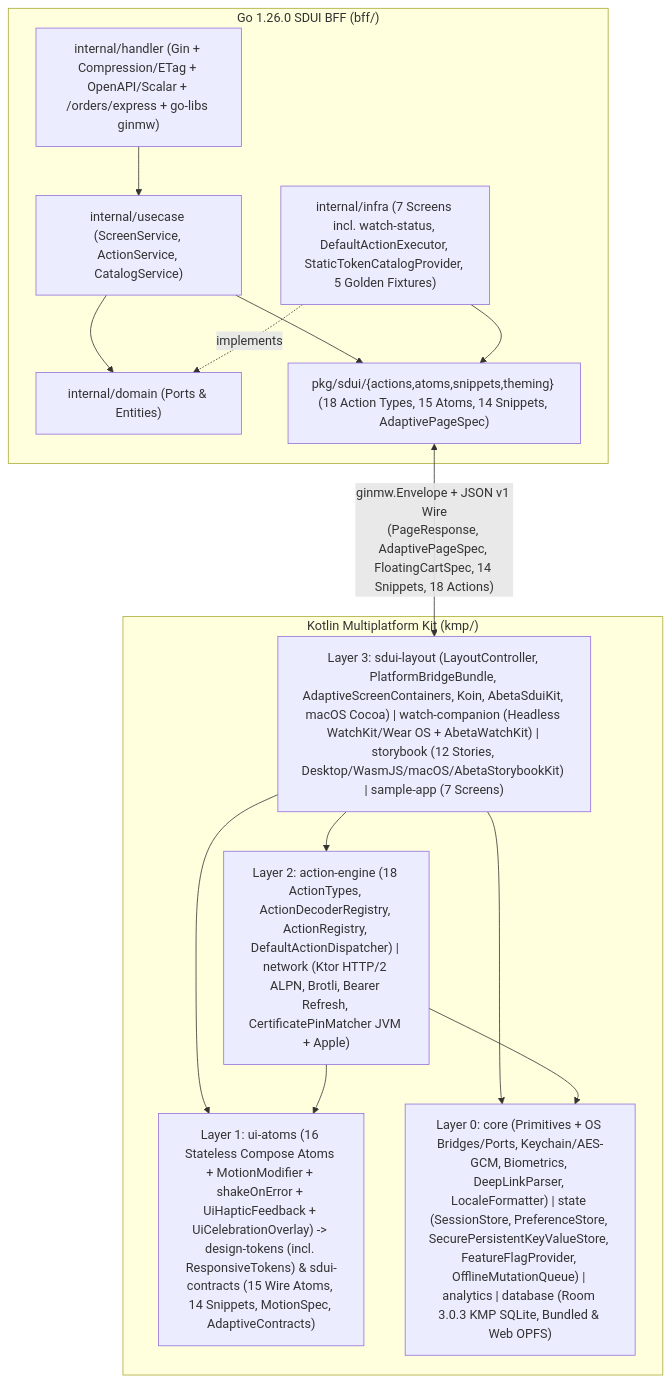
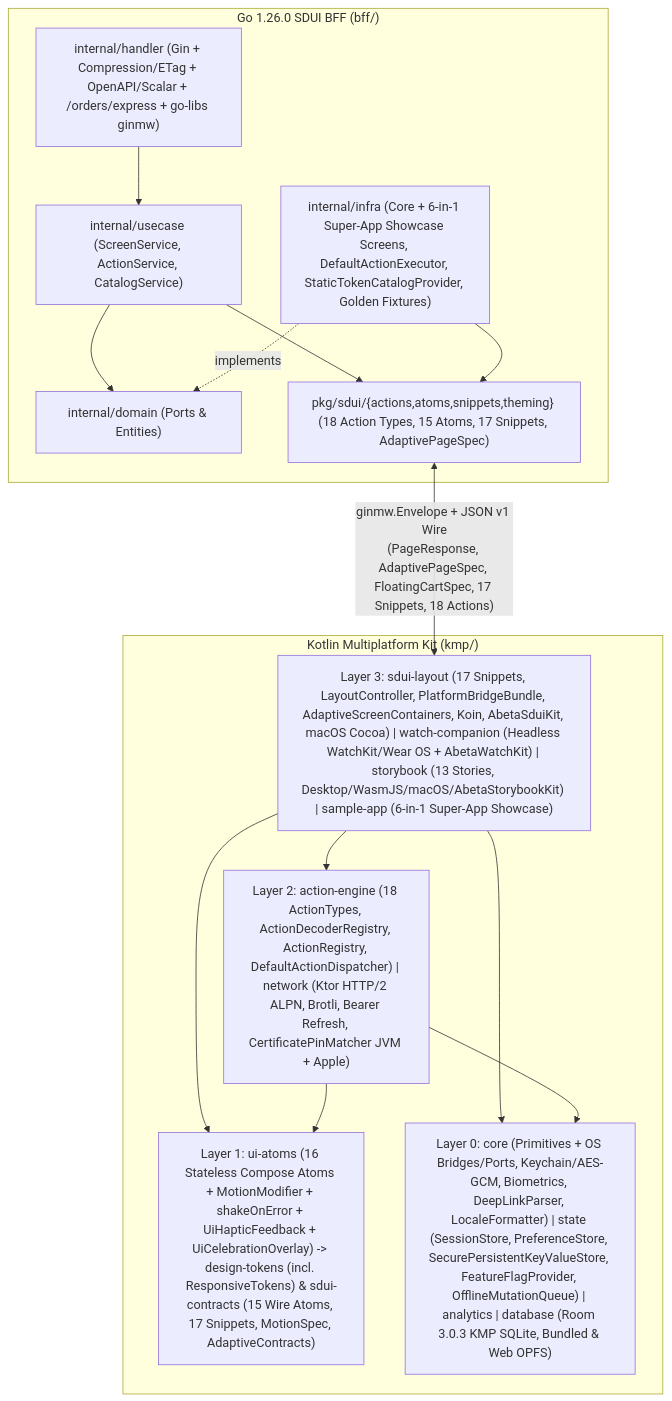
The diagram in README.md (Abeta-dev/kmp), drawn with Mermaid before and after one commit. The commit also changed other lines of this file and 49 other files, not shown here.

First line of the commit message:
feat(sdui): add swipe_deck, search_bar, chip_group snippets & 6-app showcase launcher

````diff
--- a/README.md
+++ b/README.md
@@ -36,29 +36,29 @@
 ```mermaid
 flowchart TB
     subgraph BFF["Go 1.26.0 SDUI BFF (bff/)"]
         BFF_H["internal/handler (Gin + Compression/ETag + OpenAPI/Scalar + /orders/express + go-libs ginmw)"]
         BFF_U["internal/usecase (ScreenService, ActionService, CatalogService)"]
         BFF_D["internal/domain (Ports & Entities)"]
-        BFF_I["internal/infra (7 Screens incl. watch-status, DefaultActionExecutor, StaticTokenCatalogProvider, 5 Golden Fixtures)"]
-        BFF_P["pkg/sdui/{actions,atoms,snippets,theming} (18 Action Types, 15 Atoms, 14 Snippets, AdaptivePageSpec)"]
+        BFF_I["internal/infra (Core + 6-in-1 Super-App Showcase Screens, DefaultActionExecutor, StaticTokenCatalogProvider, Golden Fixtures)"]
+        BFF_P["pkg/sdui/{actions,atoms,snippets,theming} (18 Action Types, 15 Atoms, 17 Snippets, AdaptivePageSpec)"]
         BFF_H --> BFF_U --> BFF_D
         BFF_I -. "implements" .-> BFF_D
         BFF_U --> BFF_P
         BFF_I --> BFF_P
     end
 
     subgraph KMP["Kotlin Multiplatform Kit (kmp/)"]
-        L3["Layer 3: sdui-layout (LayoutController, PlatformBridgeBundle, AdaptiveScreenContainers, Koin, AbetaSduiKit, macOS Cocoa) | watch-companion (Headless WatchKit/Wear OS + AbetaWatchKit) | storybook (12 Stories, Desktop/WasmJS/macOS/AbetaStorybookKit) | sample-app (7 Screens)"]
+        L3["Layer 3: sdui-layout (17 Snippets, LayoutController, PlatformBridgeBundle, AdaptiveScreenContainers, Koin, AbetaSduiKit, macOS Cocoa) | watch-companion (Headless WatchKit/Wear OS + AbetaWatchKit) | storybook (13 Stories, Desktop/WasmJS/macOS/AbetaStorybookKit) | sample-app (6-in-1 Super-App Showcase)"]
         L2["Layer 2: action-engine (18 ActionTypes, ActionDecoderRegistry, ActionRegistry, DefaultActionDispatcher) | network (Ktor HTTP/2 ALPN, Brotli, Bearer Refresh, CertificatePinMatcher JVM + Apple)"]
-        L1["Layer 1: ui-atoms (16 Stateless Compose Atoms + MotionModifier + shakeOnError + UiHapticFeedback + UiCelebrationOverlay) -> design-tokens (incl. ResponsiveTokens) & sdui-contracts (15 Wire Atoms, 14 Snippets, MotionSpec, AdaptiveContracts)"]
+        L1["Layer 1: ui-atoms (16 Stateless Compose Atoms + MotionModifier + shakeOnError + UiHapticFeedback + UiCelebrationOverlay) -> design-tokens (incl. ResponsiveTokens) & sdui-contracts (15 Wire Atoms, 17 Snippets, MotionSpec, AdaptiveContracts)"]
         L0["Layer 0: core (Primitives + OS Bridges/Ports, Keychain/AES-GCM, Biometrics, DeepLinkParser, LocaleFormatter) | state (SessionStore, PreferenceStore, SecurePersistentKeyValueStore, FeatureFlagProvider, OfflineMutationQueue) | analytics | database (Room 3.0.3 KMP SQLite, Bundled & Web OPFS)"]
 
         L3 --> L2
         L3 --> L1
         L3 --> L0
         L2 --> L0
         L2 --> L1
     end
 
-    BFF_P <-- "ginmw.Envelope + JSON v1 Wire\n(PageResponse, AdaptivePageSpec, FloatingCartSpec, 14 Snippets, 18 Actions)" --> L3
+    BFF_P <-- "ginmw.Envelope + JSON v1 Wire\n(PageResponse, AdaptivePageSpec, FloatingCartSpec, 17 Snippets, 18 Actions)" --> L3
 ```
````
